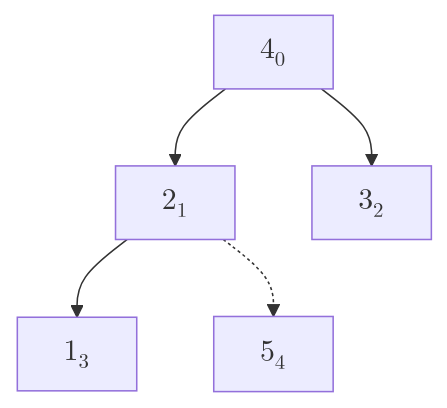
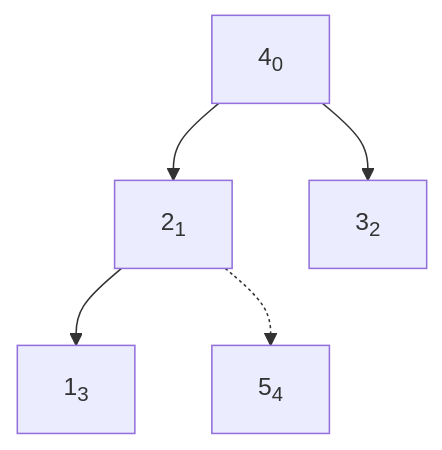
Before and after one commit to cafewang/cafewang.github.io: diagram 12 of 15 in _posts/2024-12-17-sort-four.md, drawn with Mermaid. The commit also changed other lines of this file, not shown here.

Commit message:
fix mermaid done

````diff
--- a/_posts/2024-12-17-sort-four.md
+++ b/_posts/2024-12-17-sort-four.md
@@ -228,14 +229,14 @@
 ```mermaid
 
 
 graph TD 
-A["$$4_0$$"]
-B["$$2_1$$"]
-C["$$3_2$$"]
-D["$$1_3$$"]
-E["$$5_4$$"]
+A["4<sub>0</sub>"]
+B["2<sub>1</sub>"]
+C["3<sub>2</sub>"]
+D["1<sub>3</sub>"]
+E["5<sub>4</sub>"]
 
 A --> B & C
 B --> D
 B -.-> E
 ```
````
